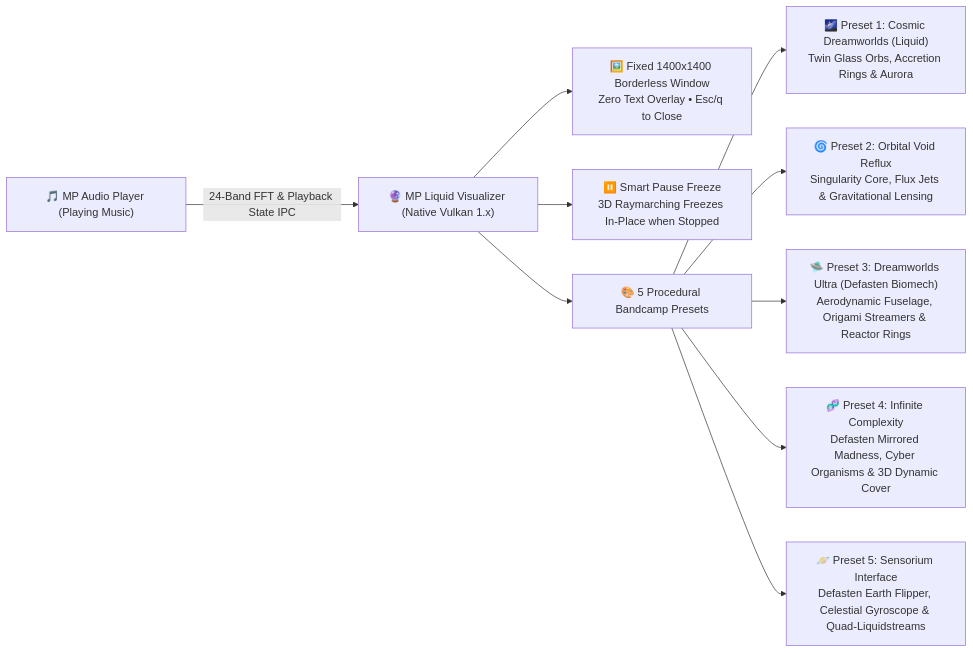
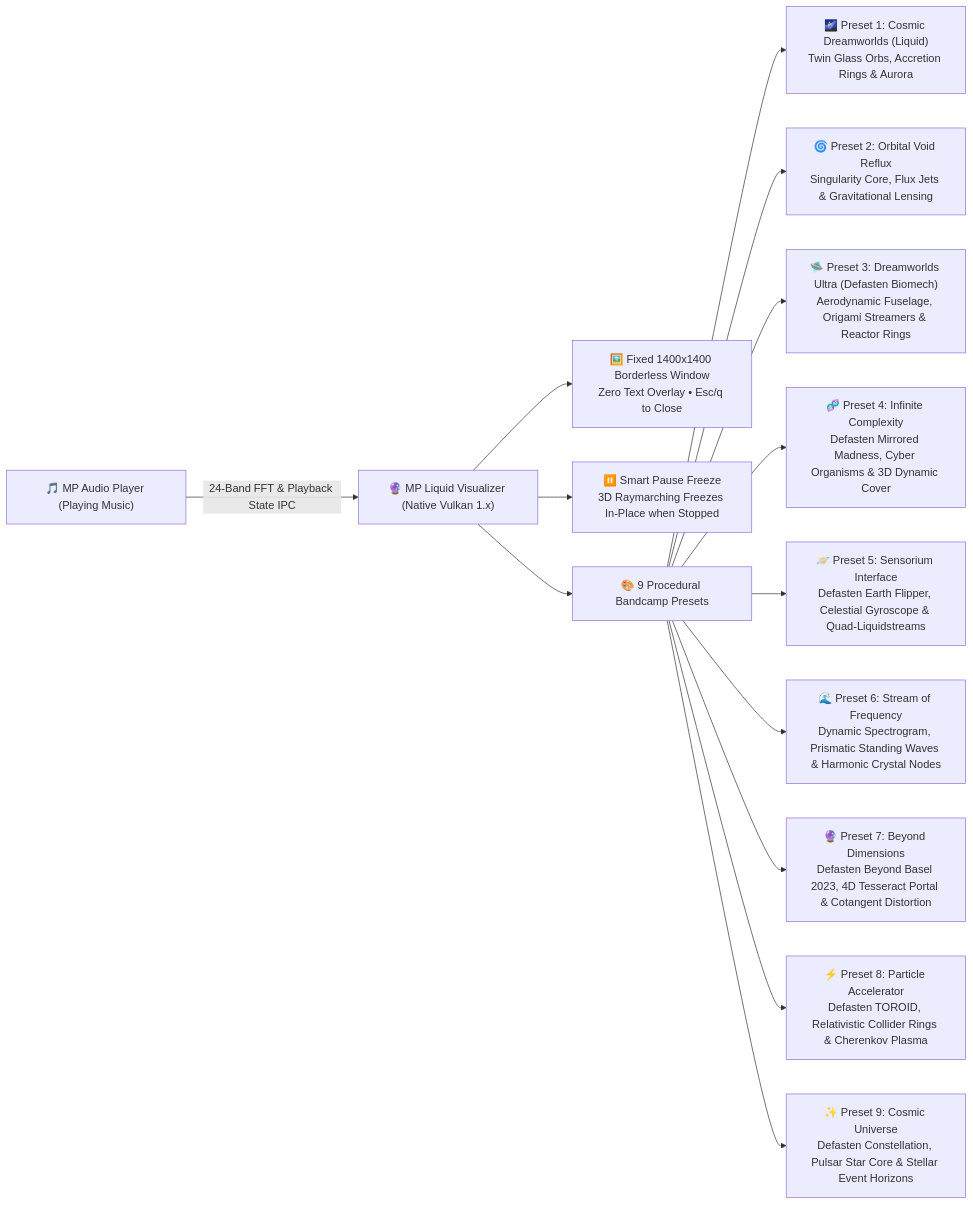
The second of 13 diagrams in README.md (MPlanetarian/MPMixManager_v0.4-x64), drawn with Mermaid before and after one commit. The commit also changed other lines of this file and 13 other files, not shown here.

First line of the commit message:
feat(visualizer): add 'Beyond Dimensions', 'Particle Accelerator', and 'Cosmic Universe' presets

````diff
--- a/README.md
+++ b/README.md
@@ -219,12 +219,16 @@
 ```mermaid
 flowchart LR
     A["🎵 MP Audio Player (Playing Music)"] -->|24-Band FFT & Playback State IPC| B["🔮 MP Liquid Visualizer (Native Vulkan 1.x)"]
     B --> C["🖼️ Fixed 1400x1400 Borderless Window\nZero Text Overlay • Esc/q to Close"]
     B --> D["⏸️ Smart Pause Freeze\n3D Raymarching Freezes In-Place when Stopped"]
-    B --> E["🎨 5 Procedural Bandcamp Presets"]
+    B --> E["🎨 9 Procedural Bandcamp Presets"]
     E --> E1["🌌 Preset 1: Cosmic Dreamworlds (Liquid)\nTwin Glass Orbs, Accretion Rings & Aurora"]
     E --> E2["🌀 Preset 2: Orbital Void Reflux\nSingularity Core, Flux Jets & Gravitational Lensing"]
     E --> E3["🛸 Preset 3: Dreamworlds Ultra (Defasten Biomech)\nAerodynamic Fuselage, Origami Streamers & Reactor Rings"]
     E --> E4["🧬 Preset 4: Infinite Complexity\nDefasten Mirrored Madness, Cyber Organisms & 3D Dynamic Cover"]
     E --> E5["🪐 Preset 5: Sensorium Interface\nDefasten Earth Flipper, Celestial Gyroscope & Quad-Liquidstreams"]
+    E --> E6["🌊 Preset 6: Stream of Frequency\nDynamic Spectrogram, Prismatic Standing Waves & Harmonic Crystal Nodes"]
+    E --> E7["🔮 Preset 7: Beyond Dimensions\nDefasten Beyond Basel 2023, 4D Tesseract Portal & Cotangent Distortion"]
+    E --> E8["⚡ Preset 8: Particle Accelerator\nDefasten TOROID, Relativistic Collider Rings & Cherenkov Plasma"]
+    E --> E9["✨ Preset 9: Cosmic Universe\nDefasten Constellation, Pulsar Star Core & Stellar Event Horizons"]
 ```
````
